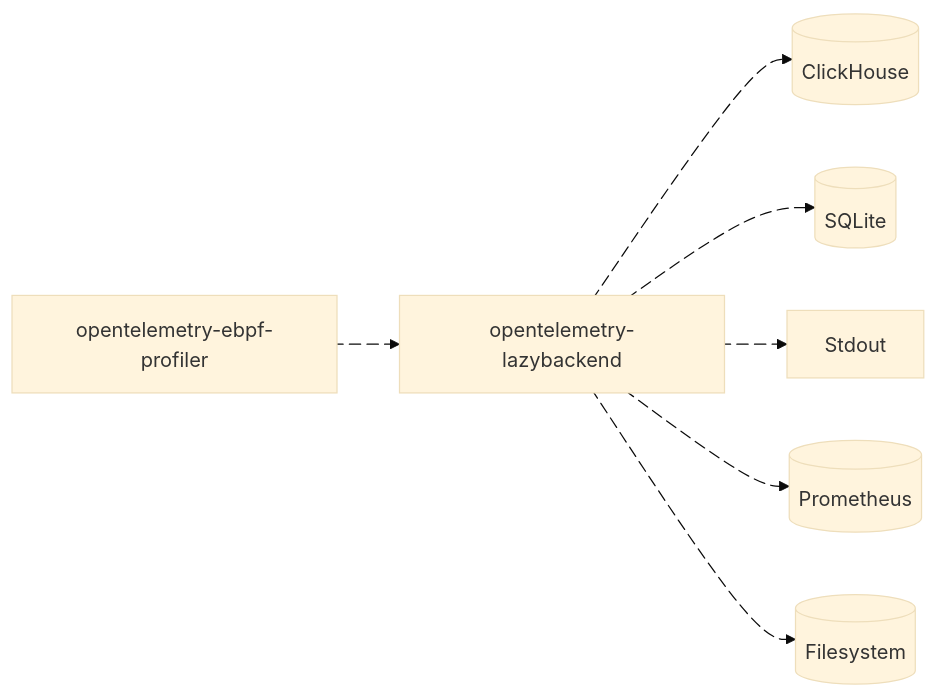
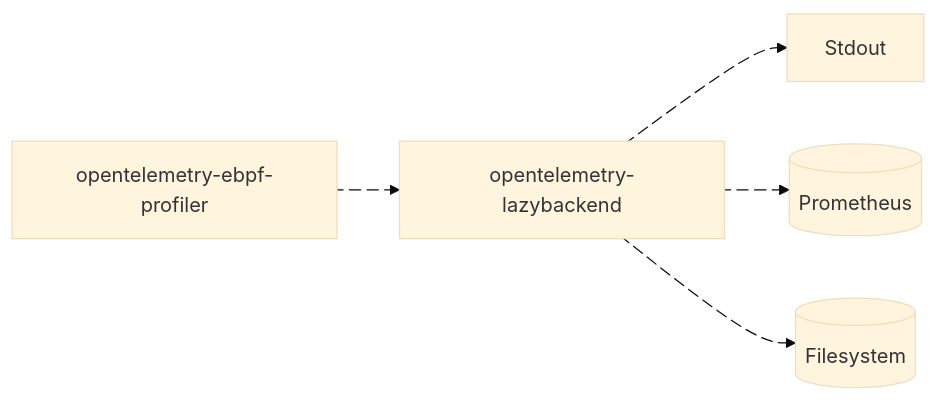
The diagram in README.md (danielpacak/opentelemetry-lazybackend), drawn with Mermaid (base theme) before and after one commit.

Commit message:
docs(README): remove receivers that are not implemented

````diff
--- a/README.md
+++ b/README.md
@@ -10,24 +10,18 @@
 ``` mermaid
 flowchart LR
   opentelemetry-ebpf-profiler
   opentelemetry-lazybackend
-  clickhouse@{ shape: cyl, label: "ClickHouse" }
-  sqlite@{ shape: cyl, label: "SQLite" }
   filesystem@{ shape: cyl, label: "Filesystem" }
   stdout["Stdout"]
   prometheus@{ shape: cyl, label: "Prometheus" }
 
   opentelemetry-ebpf-profiler e1@--> opentelemetry-lazybackend
-  opentelemetry-lazybackend e2@--> clickhouse
-  opentelemetry-lazybackend e3@--> sqlite
-  opentelemetry-lazybackend e4@--> stdout
-  opentelemetry-lazybackend e5@--> prometheus
-  opentelemetry-lazybackend e6@--> filesystem
+  opentelemetry-lazybackend e2@--> stdout
+  opentelemetry-lazybackend e3@--> prometheus
+  opentelemetry-lazybackend e4@--> filesystem
 
   e1@{ animate: true }
   e2@{ animate: true }
   e3@{ animate: true }
   e4@{ animate: true }
-  e5@{ animate: true }
-  e6@{ animate: true }
 ```
````
